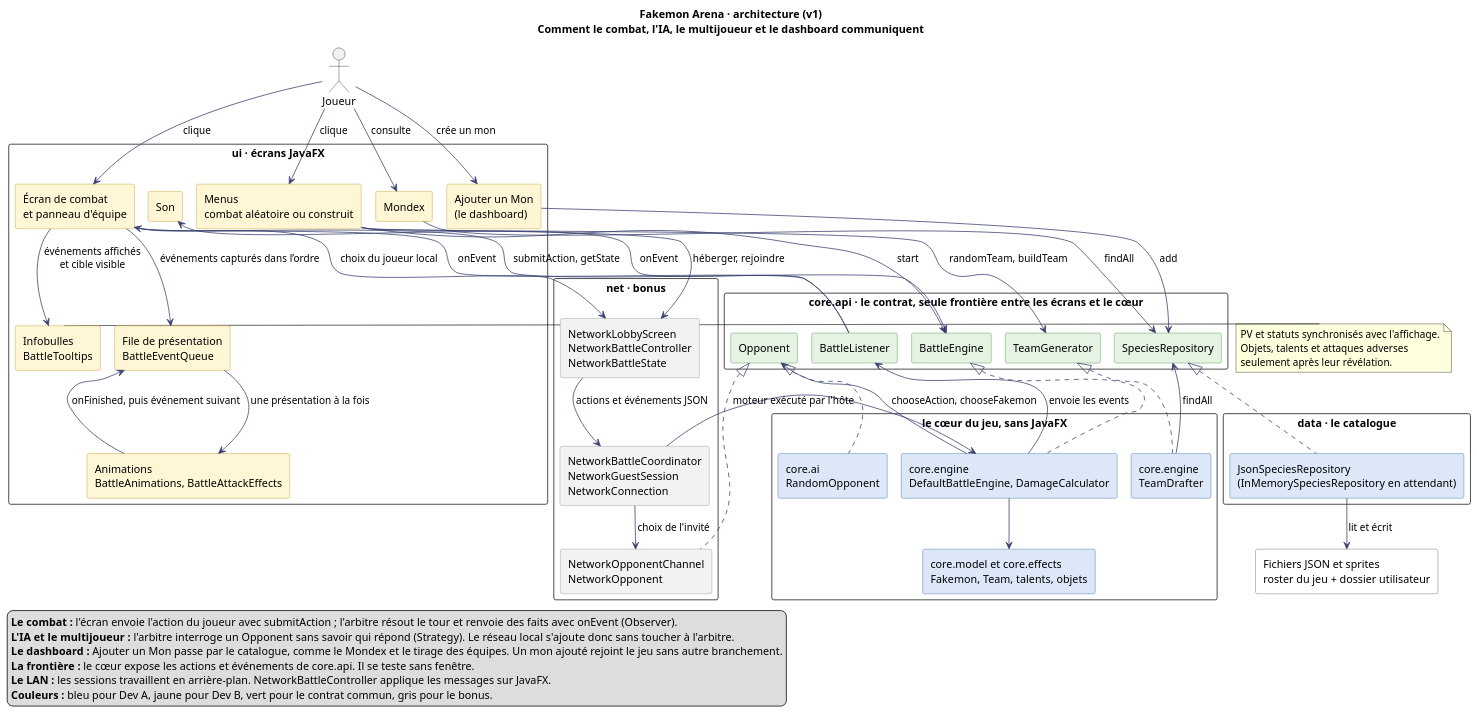
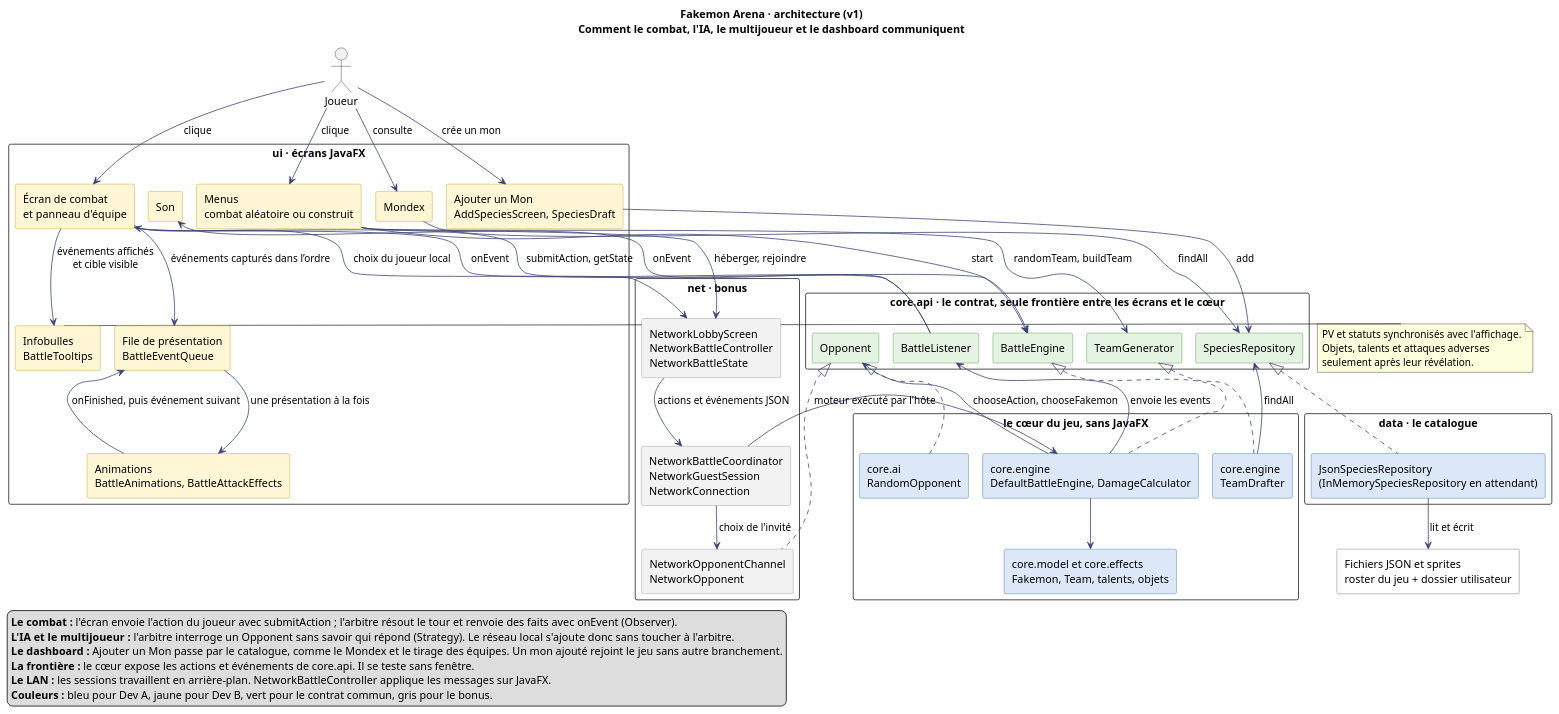
One commit to OnerAliCan/fakemon-arena changed the diagram in docs/uml/architecture.puml. Above: the diagram before and after it, drawn with PlantUML. The commit also changed 14 other files, not shown here.

```diff
--- a/docs/uml/architecture.puml
+++ b/docs/uml/architecture.puml
@@ -1,111 +1,111 @@
 @startuml architecture
 !pragma layout smetana
 skinparam dpi 110
 skinparam shadowing false
 skinparam defaultFontName "Segoe UI"
 skinparam packageStyle rectangle
 skinparam ArrowColor #3A4170
 skinparam componentStyle rectangle
 skinparam rectangle {
   BackgroundColor<<devA>> #DCE8F7
   BorderColor<<devA>> #2F5F9E
   BackgroundColor<<devB>> #FFF6D6
   BorderColor<<devB>> #B8901A
   BackgroundColor<<contrat>> #E4F3E2
   BorderColor<<contrat>> #3E8A3A
   BackgroundColor<<bonus>> #F2F2F2
   BorderColor<<bonus>> #888888
   BackgroundColor<<fichiers>> #FFFFFF
   BorderColor<<fichiers>> #555555
 }
 hide stereotype
 title Fakemon Arena · architecture (v1)\nComment le combat, l'IA, le multijoueur et le dashboard communiquent
 
 actor "Joueur" as Joueur
 
 package "ui · écrans JavaFX" {
   rectangle "Menus\ncombat aléatoire ou construit" as Menus <<devB>>
   rectangle "Écran de combat\net panneau d'équipe" as Combat <<devB>>
   rectangle "Infobulles\nBattleTooltips" as Details <<devB>>
   rectangle "File de présentation\nBattleEventQueue" as Queue <<devB>>
   rectangle "Animations\nBattleAnimations, BattleAttackEffects" as Anim <<devB>>
   rectangle "Son" as Son <<devB>>
   rectangle "Mondex" as Mondex <<devB>>
-  rectangle "Ajouter un Mon\n(le dashboard)" as Dashboard <<devB>>
+  rectangle "Ajouter un Mon\nAddSpeciesScreen, SpeciesDraft" as Dashboard <<devB>>
 }
 
 package "core.api · le contrat, seule frontière entre les écrans et le cœur" {
   rectangle "TeamGenerator" as ITeam <<contrat>>
   rectangle "BattleEngine" as IEngine <<contrat>>
   rectangle "BattleListener" as IListener <<contrat>>
   rectangle "Opponent" as IOpponent <<contrat>>
   rectangle "SpeciesRepository" as IRepo <<contrat>>
 }
 
 package "le cœur du jeu, sans JavaFX" {
   rectangle "core.engine\nTeamDrafter" as Generator <<devA>>
   rectangle "core.engine\nDefaultBattleEngine, DamageCalculator" as Engine <<devA>>
   rectangle "core.model et core.effects\nFakemon, Team, talents, objets" as Model <<devA>>
   rectangle "core.ai\nRandomOpponent" as AI <<devA>>
 }
 
 package "net · bonus" {
   rectangle "NetworkOpponentChannel\nNetworkOpponent" as Net <<bonus>>
   rectangle "NetworkBattleCoordinator\nNetworkGuestSession\nNetworkConnection" as Sessions <<bonus>>
   rectangle "NetworkLobbyScreen\nNetworkBattleController\nNetworkBattleState" as LanView <<bonus>>
 }
 
 package "data · le catalogue" {
   rectangle "JsonSpeciesRepository\n(InMemorySpeciesRepository en attendant)" as Repo <<devA>>
 }
 
 rectangle "Fichiers JSON et sprites\nroster du jeu + dossier utilisateur" as Files <<fichiers>>
 
 Joueur --> Menus : clique
 Joueur --> Combat : clique
 Joueur --> Mondex : consulte
 Joueur --> Dashboard : crée un mon
 
 Menus --> ITeam : randomTeam, buildTeam
 Menus --> IEngine : start
 Combat --> IEngine : submitAction, getState
 IListener --> Combat : onEvent
 Combat --> Details : événements affichés\net cible visible
 note right of Details
   PV et statuts synchronisés avec l'affichage.
   Objets, talents et attaques adverses
   seulement après leur révélation.
 end note
 Combat --> Queue : événements capturés dans l’ordre
 Queue --> Anim : une présentation à la fois
 Anim --> Queue : onFinished, puis événement suivant
 IListener --> Son : onEvent
 Mondex --> IRepo : findAll
 Dashboard --> IRepo : add
 
 Generator .up.|> ITeam
 Engine .up.|> IEngine
 Engine --> IListener : envoie les events
 Engine --> IOpponent : chooseAction, chooseFakemon
 Generator --> IRepo : findAll
 Engine --> Model
 
 AI .up.|> IOpponent
 Net .up.|> IOpponent
 Menus --> LanView : héberger, rejoindre
 Combat --> LanView : choix du joueur local
 LanView --> Sessions : actions et événements JSON
 Sessions --> Engine : moteur exécuté par l'hôte
 Sessions --> Net : choix de l'invité
 Repo .up.|> IRepo
 Repo --> Files : lit et écrit
 
 legend bottom left
   <b>Le combat :</b> l'écran envoie l'action du joueur avec submitAction ; l'arbitre résout le tour et renvoie des faits avec onEvent (Observer).
   <b>L'IA et le multijoueur :</b> l'arbitre interroge un Opponent sans savoir qui répond (Strategy). Le réseau local s'ajoute donc sans toucher à l'arbitre.
   <b>Le dashboard :</b> Ajouter un Mon passe par le catalogue, comme le Mondex et le tirage des équipes. Un mon ajouté rejoint le jeu sans autre branchement.
   <b>La frontière :</b> le cœur expose les actions et événements de core.api. Il se teste sans fenêtre.
   <b>Le LAN :</b> les sessions travaillent en arrière-plan. NetworkBattleController applique les messages sur JavaFX.
   <b>Couleurs :</b> bleu pour Dev A, jaune pour Dev B, vert pour le contrat commun, gris pour le bonus.
 endlegend
 @enduml
```
